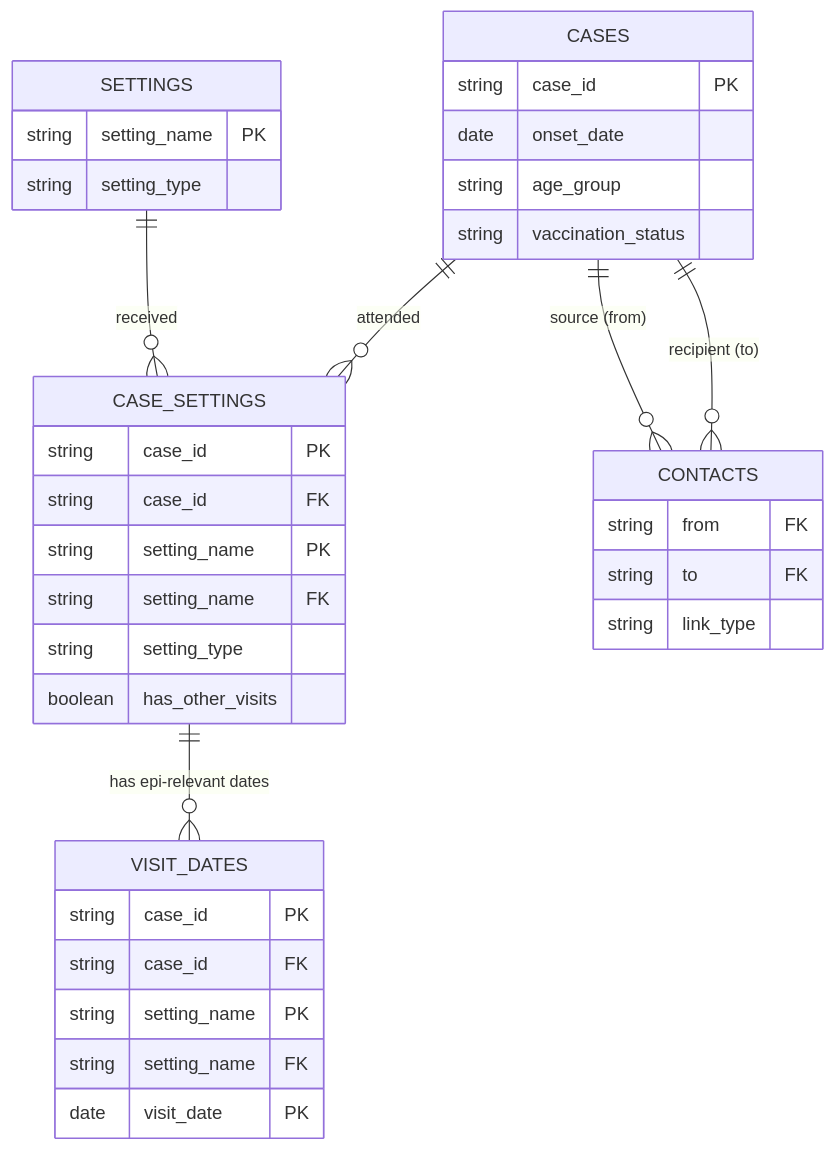
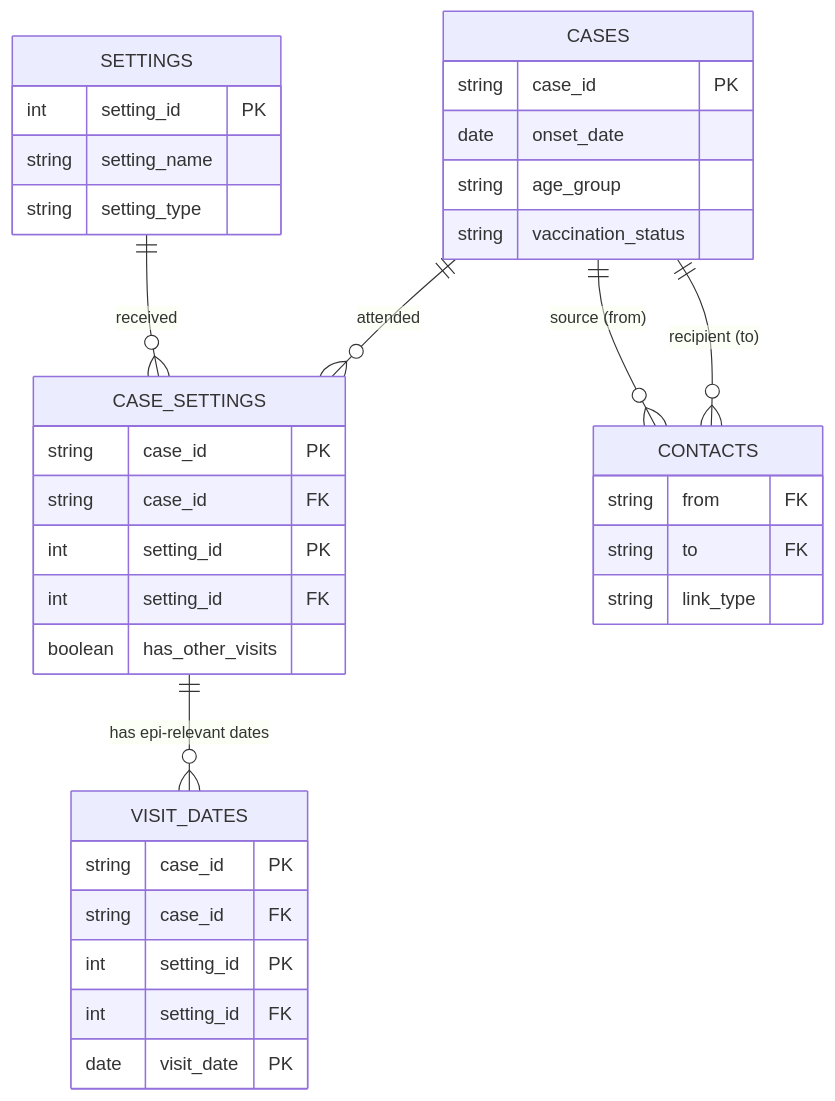
One commit to mgedmunds/network-diagram changed the diagram in docs/data-model.md. Above: the diagram before and after it, drawn with Mermaid. The commit also changed other lines of this file and 2 other files, not shown here.

First line of the commit message:
Add setting_id surrogate key; normalise case_settings and visit_dates

````diff
--- a/docs/data-model.md
+++ b/docs/data-model.md
@@ -80,44 +80,44 @@
 ```mermaid
 erDiagram
 
     CASES {
         string case_id PK
         date onset_date
         string age_group
         string vaccination_status
     }
 
     SETTINGS {
-        string setting_name PK
+        int setting_id PK
+        string setting_name
         string setting_type
     }
 
     CASE_SETTINGS {
         string case_id PK
         string case_id FK
-        string setting_name PK
-        string setting_name FK
-        string setting_type
+        int setting_id PK
+        int setting_id FK
         boolean has_other_visits
     }
 
     VISIT_DATES {
         string case_id PK
         string case_id FK
-        string setting_name PK
-        string setting_name FK
+        int setting_id PK
+        int setting_id FK
         date visit_date PK
     }
 
     CONTACTS {
         string from FK
         string to FK
         string link_type
     }
 
     CASES ||--o{ CASE_SETTINGS : "attended"
     SETTINGS ||--o{ CASE_SETTINGS : "received"
     CASE_SETTINGS ||--o{ VISIT_DATES : "has epi-relevant dates"
     CASES ||--o{ CONTACTS : "source (from)"
     CASES ||--o{ CONTACTS : "recipient (to)"
 ```
````
